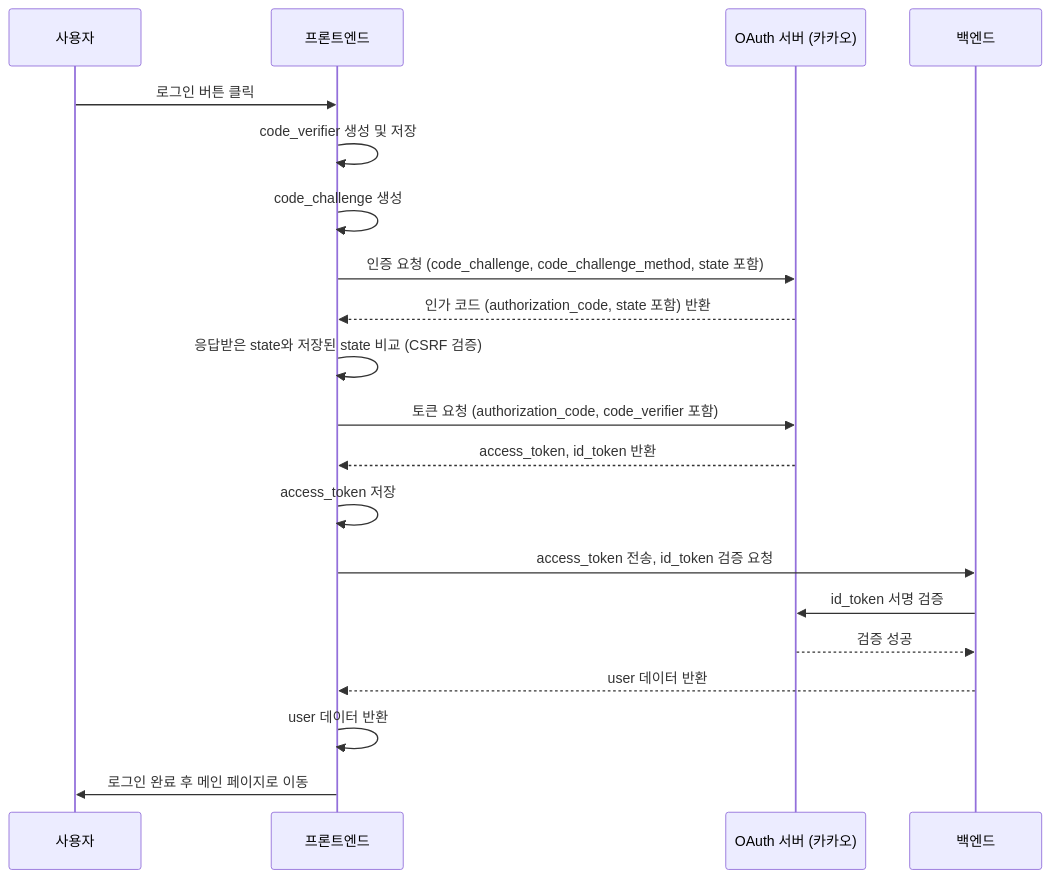
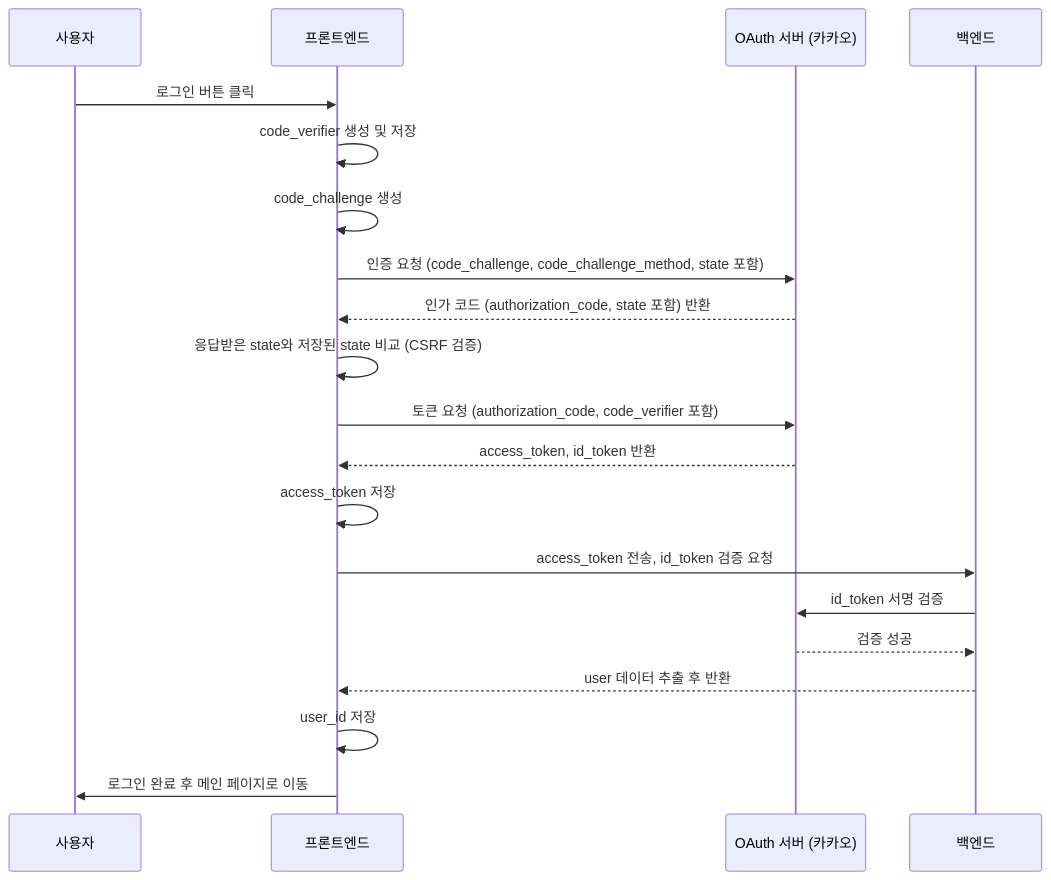
Before and after one commit to jk1635/dict: the third of 3 diagrams in blog/2025-02-03-oauth/index.md, drawn with Mermaid.

Commit message:
docs: fix typo

````diff
--- a/blog/2025-02-03-oauth/index.md
+++ b/blog/2025-02-03-oauth/index.md
@@ -576,27 +576,27 @@
 ```mermaid
 sequenceDiagram
     participant User as 사용자
     participant Frontend as 프론트엔드
     participant OAuthServer as OAuth 서버 (카카오)
     participant Backend as 백엔드
 
     User->>Frontend: 로그인 버튼 클릭
     Frontend->>Frontend: code_verifier 생성 및 저장
     Frontend->>Frontend: code_challenge 생성
     Frontend->>OAuthServer: 인증 요청 (code_challenge, code_challenge_method, state 포함)
     OAuthServer-->>Frontend: 인가 코드 (authorization_code, state 포함) 반환
 
     Frontend->>Frontend: 응답받은 state와 저장된 state 비교 (CSRF 검증)
     Frontend->>OAuthServer: 토큰 요청 (authorization_code, code_verifier 포함)
     OAuthServer-->>Frontend: access_token, id_token 반환
 
     Frontend->>Frontend: access_token 저장
     Frontend->>Backend: access_token 전송, id_token 검증 요청
     Backend->>OAuthServer: id_token 서명 검증
     OAuthServer-->>Backend: 검증 성공
-    Backend-->>Frontend: user 데이터 반환
+    Backend-->>Frontend: user 데이터 추출 후 반환
 
-    Frontend->>Frontend: user 데이터 반환
+    Frontend->>Frontend: user_id 저장
     Frontend->>User: 로그인 완료 후 메인 페이지로 이동
 
 ```
````
